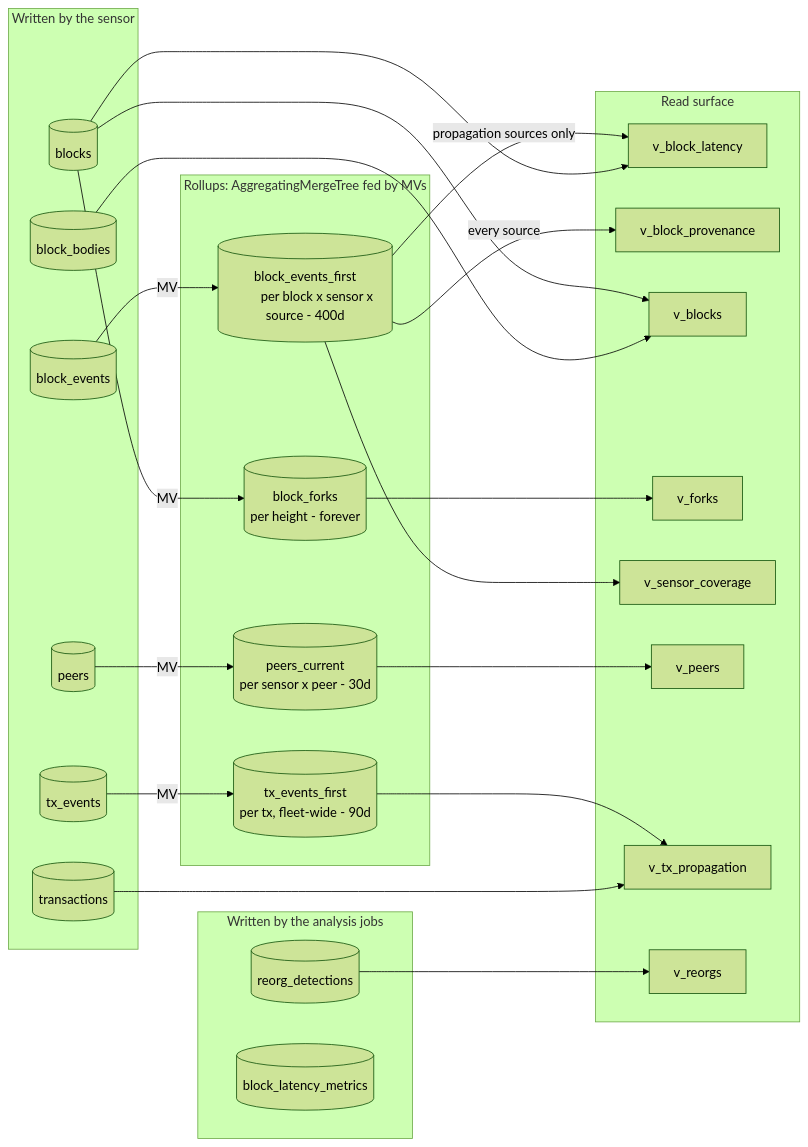
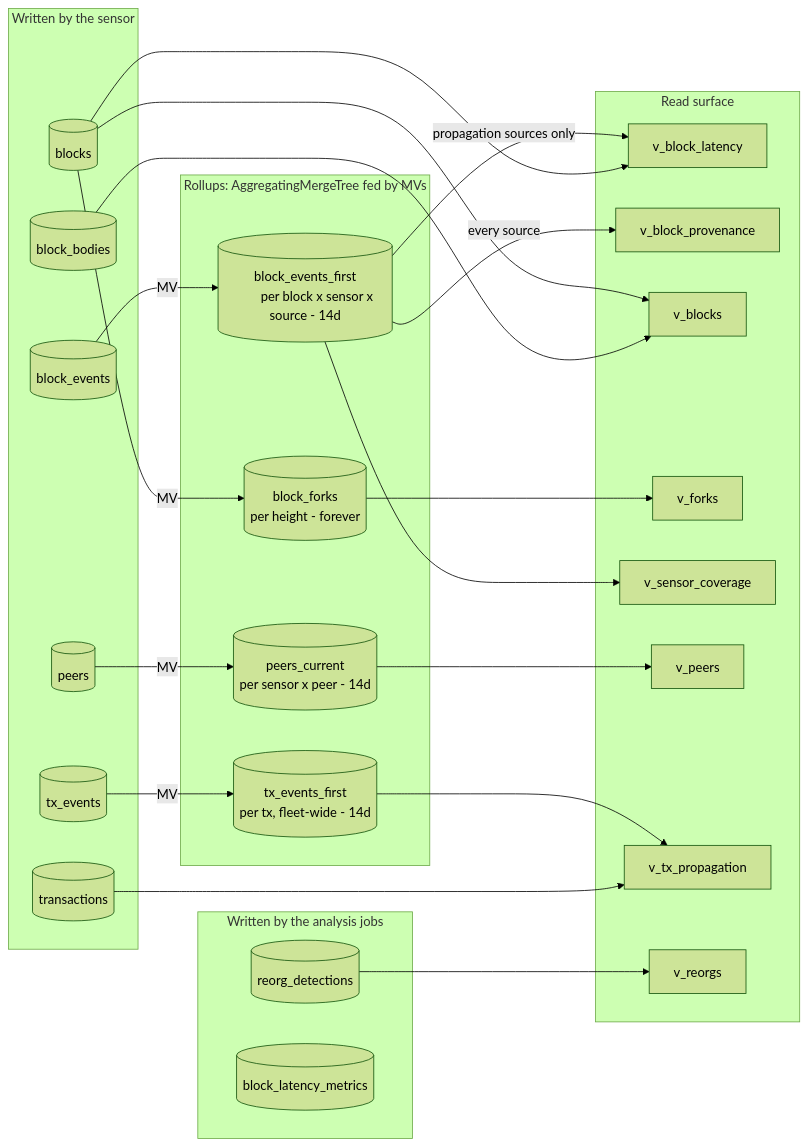
Before and after one commit to 0xPolygon/polygon-cli: the second of 3 diagrams in cmd/p2p/sensor/clickhouse.md, drawn with Mermaid (forest theme). The commit also changed other lines of this file, not shown here.

First line of the commit message:
docs(p2p/sensor): retention is 14 days or forever

````diff
--- a/cmd/p2p/sensor/clickhouse.md
+++ b/cmd/p2p/sensor/clickhouse.md
@@ -191,55 +196,55 @@
 ```mermaid
 flowchart LR
     subgraph sensor["Written by the sensor"]
         BS[(block_events)]
         TS[(tx_events)]
         PS[(peers)]
         BL[(blocks)]
         BB[(block_bodies)]
         TX[(transactions)]
     end
 
     subgraph jobs["Written by the analysis jobs"]
         RD[(reorg_detections)]
         BLM[(block_latency_metrics)]
     end
 
     subgraph rollups["Rollups: AggregatingMergeTree fed by MVs"]
         BSF[("block_events_first
-        per block x sensor x source - 400d")]
+        per block x sensor x source - 14d")]
         TSF[("tx_events_first
-        per tx, fleet-wide - 90d")]
+        per tx, fleet-wide - 14d")]
         BF[("block_forks
         per height - forever")]
         PC[("peers_current
-        per sensor x peer - 30d")]
+        per sensor x peer - 14d")]
     end
 
     subgraph views["Read surface"]
         VBL[v_block_latency]
         VBP[v_block_provenance]
         VB[v_blocks]
         VF[v_forks]
         VSC[v_sensor_coverage]
         VP[v_peers]
         VTP[v_tx_propagation]
         VR[v_reorgs]
     end
 
     BS -->|MV| BSF
     TS -->|MV| TSF
     BL -->|MV| BF
     PS -->|MV| PC
 
     BSF -->|"propagation sources only"| VBL
     BL --> VBL
     BSF -->|"every source"| VBP
     BSF --> VSC
     BF --> VF
     PC --> VP
     TSF --> VTP
     TX --> VTP
     BL --> VB
     BB --> VB
     RD --> VR
 ```
````
